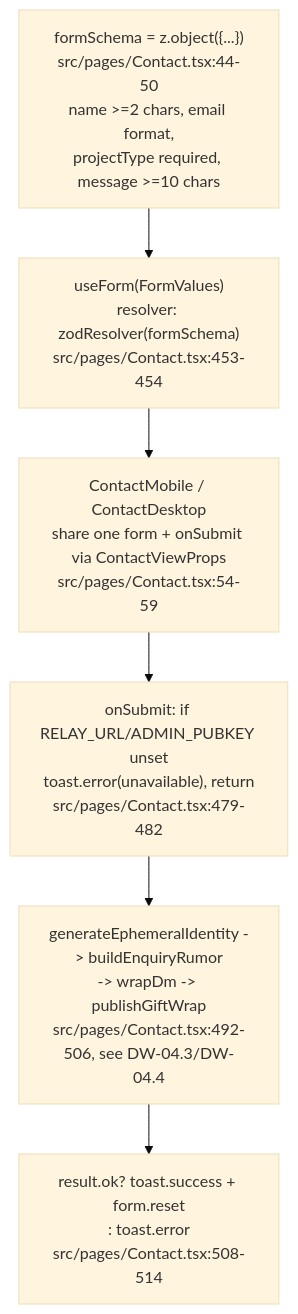
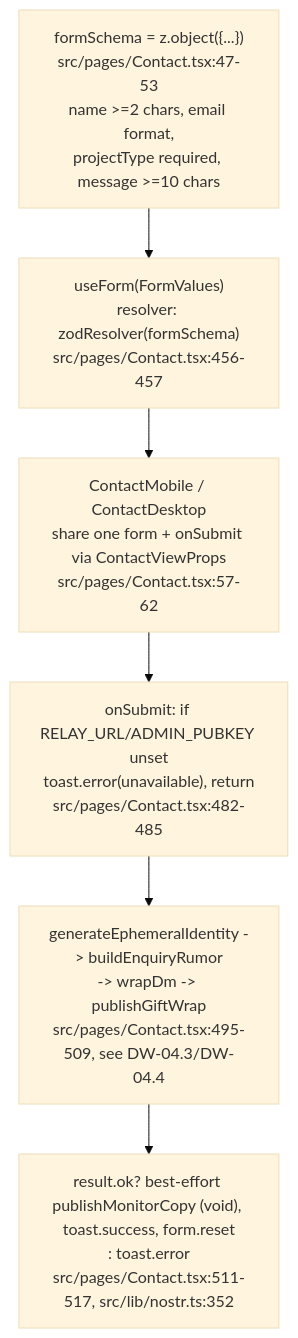
One commit to DreamLab-AI/VisionFlow changed the fifth of 5 diagrams in docs/diagrams/dreamlab-ai-website/02-site-build-and-pages-deploy.md. Above: the diagram before and after it, drawn with Mermaid (base theme). The commit also changed other lines of this file and 160 other files, not shown here.

````diff
--- a/docs/diagrams/dreamlab-ai-website/02-site-build-and-pages-deploy.md
+++ b/docs/diagrams/dreamlab-ai-website/02-site-build-and-pages-deploy.md
@@ -94,10 +97,10 @@
 ```mermaid
 flowchart TB
-    SCHEMA["formSchema = z.object({...})<br/>src/pages/Contact.tsx:44-50<br/>name >=2 chars, email format,<br/>projectType required, message >=10 chars"]
-    HOOK["useForm(FormValues)<br/>resolver: zodResolver(formSchema)<br/>src/pages/Contact.tsx:453-454"]
+    SCHEMA["formSchema = z.object({...})<br/>src/pages/Contact.tsx:47-53<br/>name >=2 chars, email format,<br/>projectType required, message >=10 chars"]
+    HOOK["useForm(FormValues)<br/>resolver: zodResolver(formSchema)<br/>src/pages/Contact.tsx:456-457"]
     SCHEMA --> HOOK
-    HOOK --> VIEW["ContactMobile / ContactDesktop<br/>share one form + onSubmit via ContactViewProps<br/>src/pages/Contact.tsx:54-59"]
-    VIEW --> GUARD["onSubmit: if RELAY_URL/ADMIN_PUBKEY unset<br/>toast.error(unavailable), return<br/>src/pages/Contact.tsx:479-482"]
-    GUARD --> SEND["generateEphemeralIdentity -> buildEnquiryRumor<br/>-> wrapDm -> publishGiftWrap<br/>src/pages/Contact.tsx:492-506, see DW-04.3/DW-04.4"]
-    SEND --> OK["result.ok? toast.success + form.reset<br/>: toast.error<br/>src/pages/Contact.tsx:508-514"]
+    HOOK --> VIEW["ContactMobile / ContactDesktop<br/>share one form + onSubmit via ContactViewProps<br/>src/pages/Contact.tsx:57-62"]
+    VIEW --> GUARD["onSubmit: if RELAY_URL/ADMIN_PUBKEY unset<br/>toast.error(unavailable), return<br/>src/pages/Contact.tsx:482-485"]
+    GUARD --> SEND["generateEphemeralIdentity -> buildEnquiryRumor<br/>-> wrapDm -> publishGiftWrap<br/>src/pages/Contact.tsx:495-509, see DW-04.3/DW-04.4"]
+    SEND --> OK["result.ok? best-effort publishMonitorCopy (void), toast.success, form.reset<br/>: toast.error<br/>src/pages/Contact.tsx:511-517, src/lib/nostr.ts:352"]
 ```
````
